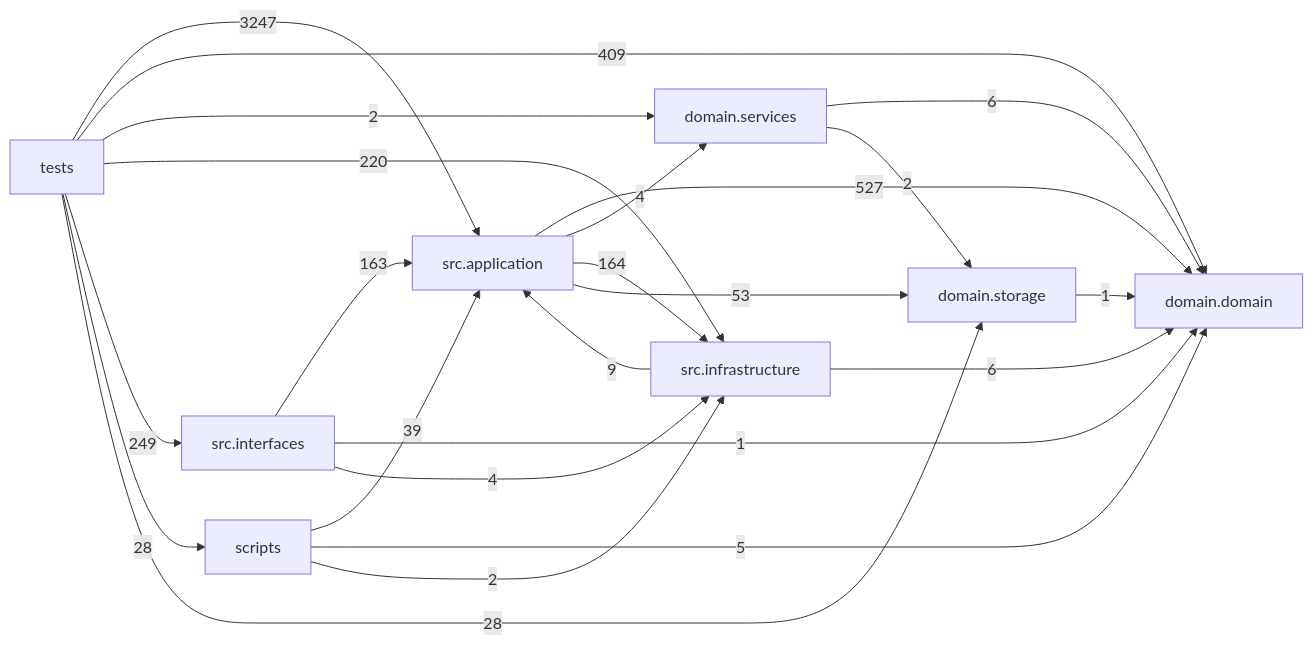
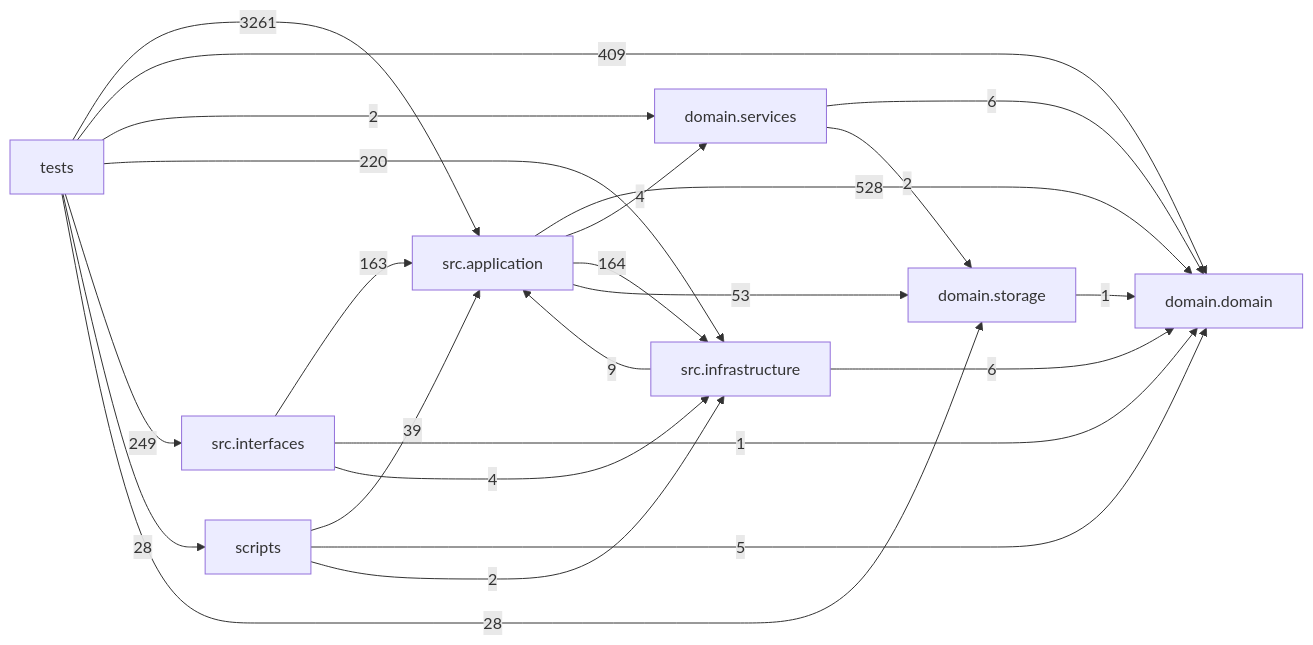
One commit to liuxie066/options-monitor changed the diagram in docs/DEPENDENCY_GRAPH.md. Above: the diagram before and after it, drawn with Mermaid. The commit also changed other lines of this file and 28 other files, not shown here.

````diff
--- a/docs/DEPENDENCY_GRAPH.md
+++ b/docs/DEPENDENCY_GRAPH.md
@@ -24,33 +24,33 @@
 ```mermaid
 flowchart LR
   tests["tests"]
   scripts["scripts"]
   interfaces["src.interfaces"]
   application["src.application"]
   infrastructure["src.infrastructure"]
   domain_services["domain.services"]
   domain["domain.domain"]
   storage["domain.storage"]
-  application -->|527| domain
+  application -->|528| domain
   application -->|4| domain_services
   application -->|164| infrastructure
   application -->|53| storage
   domain_services -->|6| domain
   domain_services -->|2| storage
   infrastructure -->|9| application
   infrastructure -->|6| domain
   interfaces -->|163| application
   interfaces -->|1| domain
   interfaces -->|4| infrastructure
   scripts -->|39| application
   scripts -->|5| domain
   scripts -->|2| infrastructure
   storage -->|1| domain
-  tests -->|3247| application
+  tests -->|3261| application
   tests -->|409| domain
   tests -->|2| domain_services
   tests -->|220| infrastructure
   tests -->|249| interfaces
   tests -->|28| scripts
   tests -->|28| storage
 ```
````
